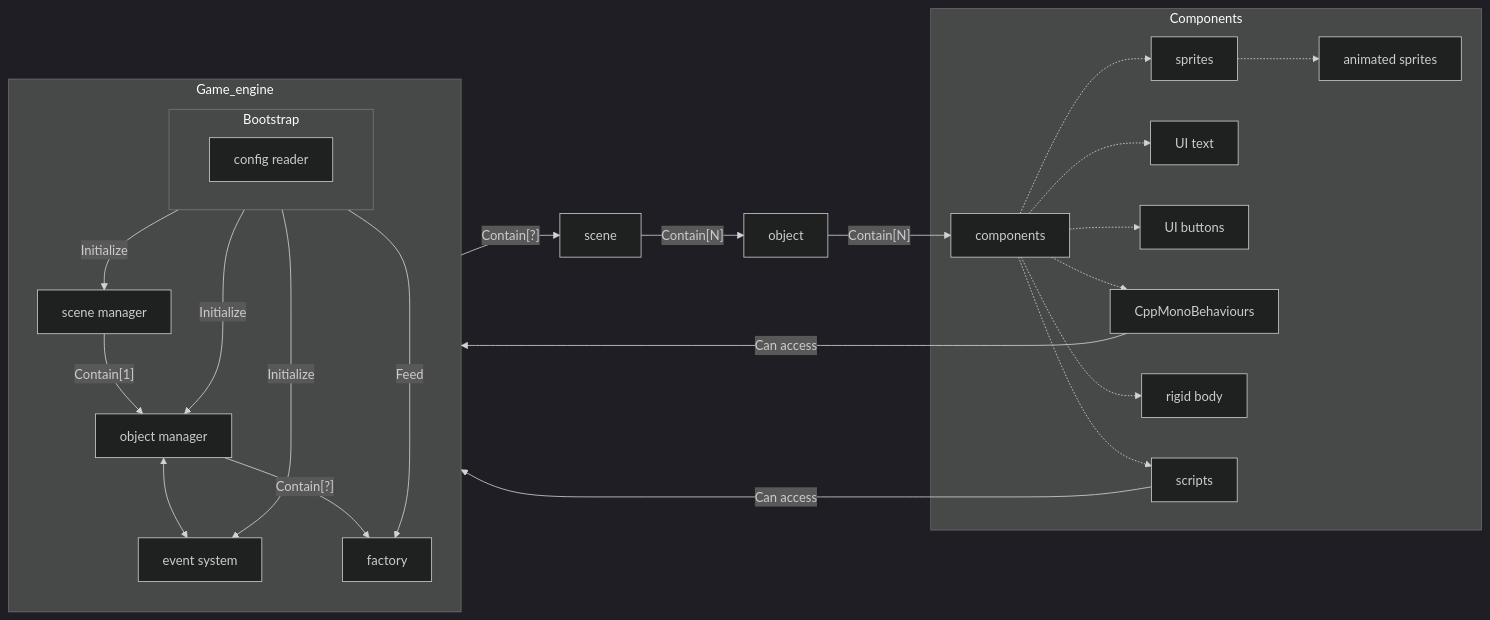
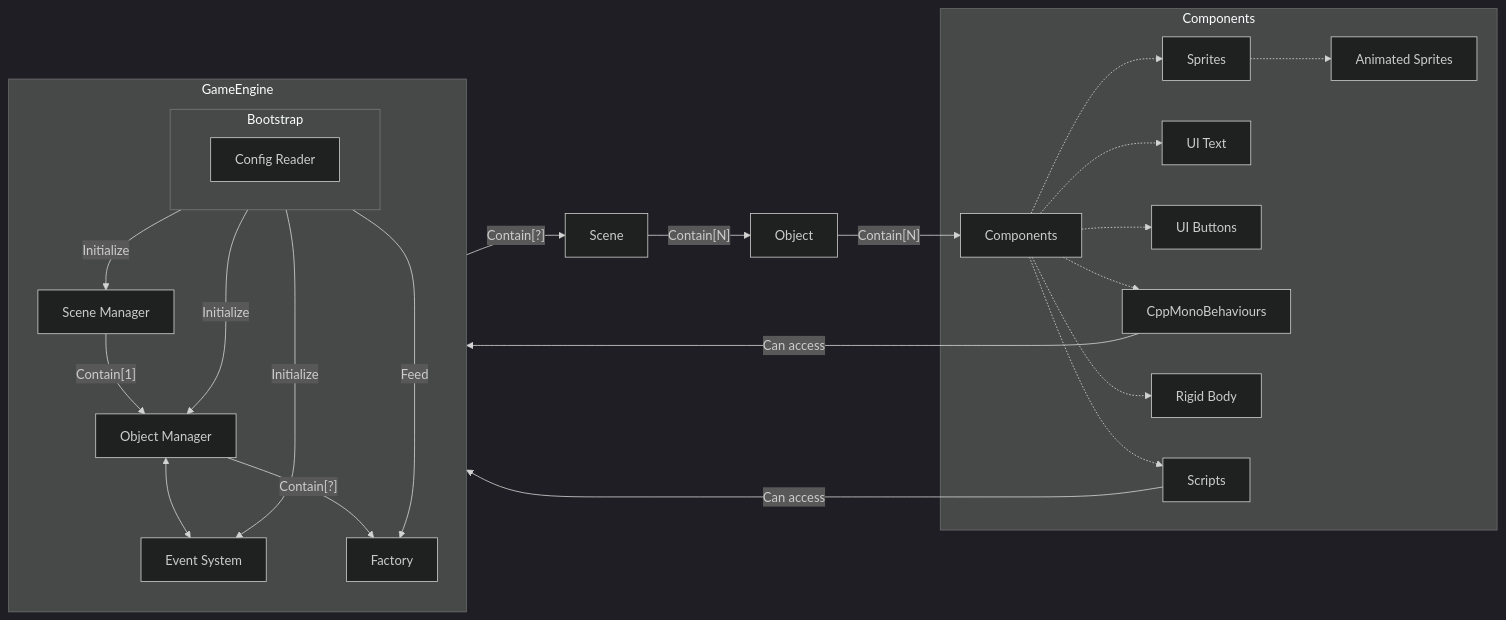
One commit to epitech-mirroring/R-Type-docs changed the diagram in dev/game-engine/stellar_forge.md. Above: the diagram before and after it, drawn with Mermaid (dark theme).

Commit message:
:memo: Fix bad graph mermaid

````diff
--- a/dev/game-engine/stellar_forge.md
+++ b/dev/game-engine/stellar_forge.md
@@ -34,49 +34,53 @@
 ```mermaid
 flowchart LR
- 
-    scene_manager[scene manager]
-    event_sys[event system]
-    object_management[object manager]
-    config_reader[config reader]
-    factory[factory]
-    subgraph Game_engine
-        scene_manager -- Contain[1] --> object_management 
-        object_management <--> event_sys 
-        object_management --Contain[?]--> factory 
+
+    scene_manager[Scene Manager]
+    event_sys[Event System]
+    object_management[Object Manager]
+    config_reader[Config Reader]
+    factory[Factory]
+
+    subgraph GameEngine
+        scene_manager -- "Contain[1]" --> object_management
+        object_management <--> event_sys
+        object_management -- "Contain[?]" --> factory
+
         subgraph Bootstrap
             config_reader
         end
-        Bootstrap --Initialize--> object_management
-        Bootstrap --Feed--> factory
-        Bootstrap --Initialize--> event_sys
-        Bootstrap --Initialize--> scene_manager
+
+        Bootstrap -- "Initialize" --> object_management
+        Bootstrap -- "Feed" --> factory
+        Bootstrap -- "Initialize" --> event_sys
+        Bootstrap -- "Initialize" --> scene_manager
     end
- 
-    scene[scene]
-    object[object]
-    components[components]
-    sprites[sprites]
- 
-    UI_text[UI text]
-    UI_buttons[UI buttons]
+
+    scene[Scene]
+    object[Object]
+    components[Components]
+    sprites[Sprites]
+
+    UI_text[UI Text]
+    UI_buttons[UI Buttons]
     CppMonoBehaviours[CppMonoBehaviours]
-    rigid_body[rigid body]
-    scripts[scripts]
-    animated_sprites[animated sprites]
- 
- 
-    Game_engine --Contain[?]--> scene 
-    scene --Contain[N]--> object
-    object --Contain[N]--> components
+    rigid_body[Rigid Body]
+    scripts[Scripts]
+    animated_sprites[Animated Sprites]
+
+    GameEngine -- "Contain[?]" --> scene
+    scene -- "Contain[N]" --> object
+    object -- "Contain[N]" --> components
     components -.-> sprites
+
     subgraph Components
         sprites -.-> animated_sprites
         components -.-> UI_text
         components -.-> UI_buttons
         components -.-> CppMonoBehaviours
         components -.-> scripts
         components -.-> rigid_body
     end
-    scripts --Can access--> Game_engine
-    CppMonoBehaviours --Can access--> Game_engine
+
+    scripts -- "Can access" --> GameEngine
+    CppMonoBehaviours -- "Can access" --> GameEngine
 ```
````
